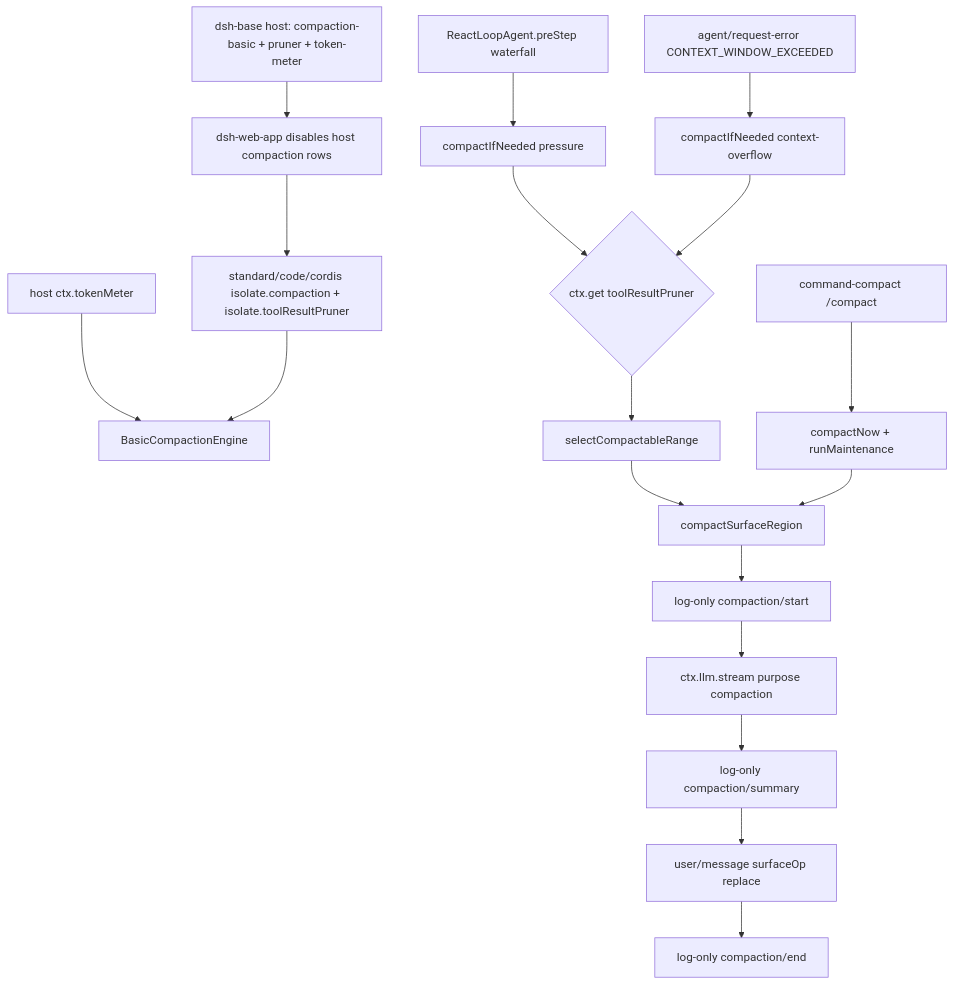
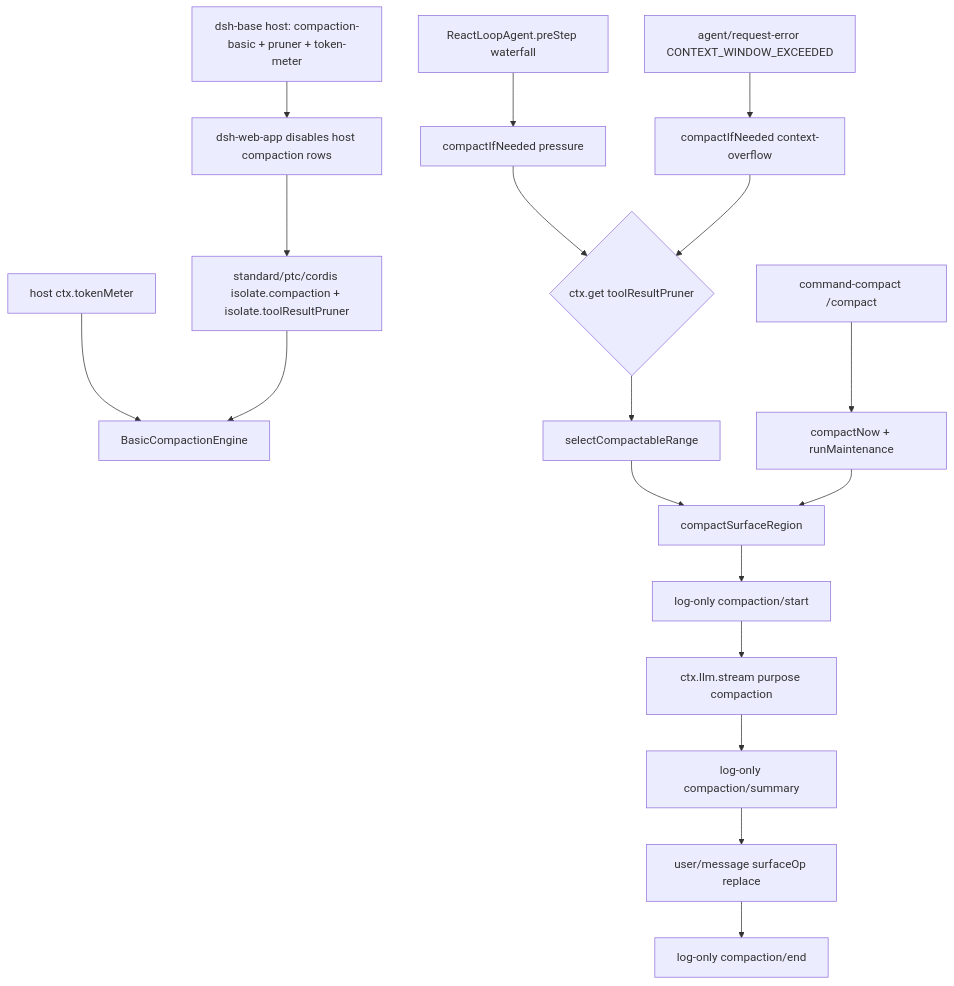
Before and after one commit to wdnmdtonyma/SOTA-Agent-LLM-Wiki: the diagram in docs/llm-wiki/deepseek-harness/subsystems/context/compaction-basic.md, drawn with Mermaid. The commit also changed other lines of this file and 217 other files, not shown here.

````diff
--- a/docs/llm-wiki/deepseek-harness/subsystems/context/compaction-basic.md
+++ b/docs/llm-wiki/deepseek-harness/subsystems/context/compaction-basic.md
@@ -117,20 +117,20 @@
 ```mermaid
 flowchart TD
   Base["dsh-base host: compaction-basic + pruner + token-meter"] --> Web["dsh-web-app disables host compaction rows"]
-  Web --> Preset["standard/code/cordis isolate.compaction + isolate.toolResultPruner"]
+  Web --> Preset["standard/ptc/cordis isolate.compaction + isolate.toolResultPruner"]
   Meter["host ctx.tokenMeter"] --> Engine
   Preset --> Engine["BasicCompactionEngine"]
   LoopPre["ReactLoopAgent.preStep waterfall"] --> Pressure["compactIfNeeded pressure"]
   LoopErr["agent/request-error CONTEXT_WINDOW_EXCEEDED"] --> Overflow["compactIfNeeded context-overflow"]
   Manual["command-compact /compact"] --> Now["compactNow + runMaintenance"]
   Pressure --> Prune{"ctx.get toolResultPruner"}
   Overflow --> Prune
   Prune --> Select["selectCompactableRange"]
   Select --> Tx["compactSurfaceRegion"]
   Now --> Tx
   Tx --> Start["log-only compaction/start"]
   Start --> Summ["ctx.llm.stream purpose compaction"]
   Summ --> Body["log-only compaction/summary"]
   Body --> Replace["user/message surfaceOp replace"]
   Replace --> End["log-only compaction/end"]
 ```
````
